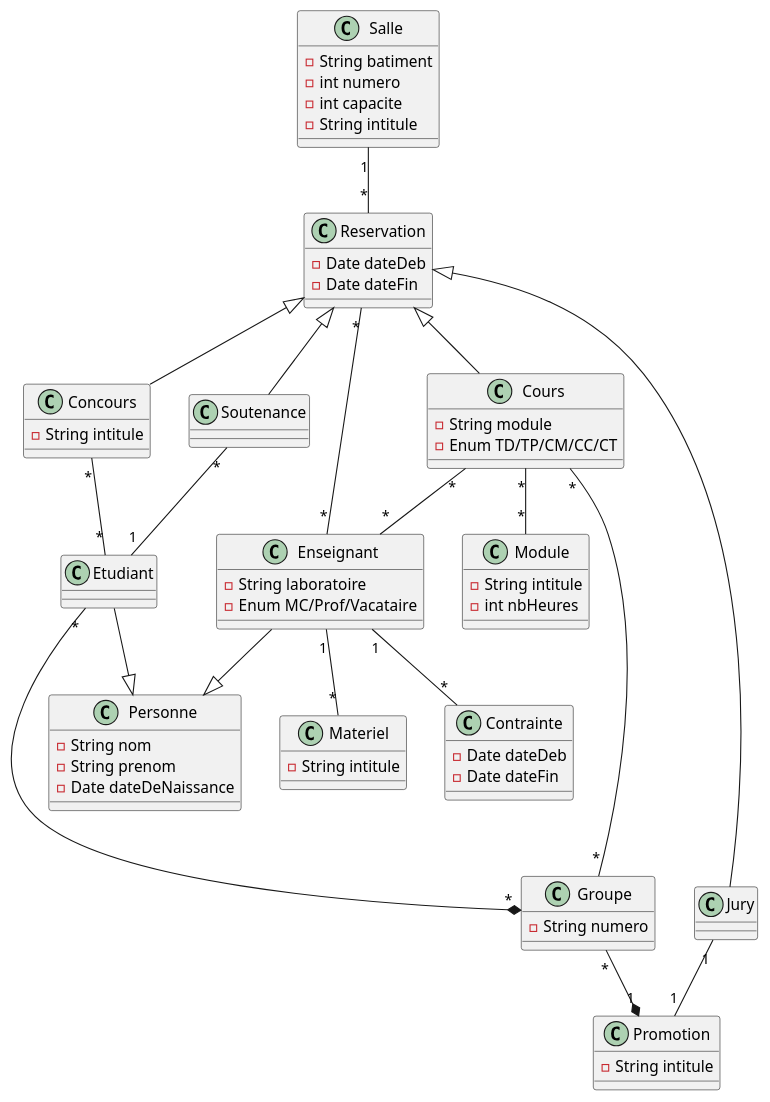
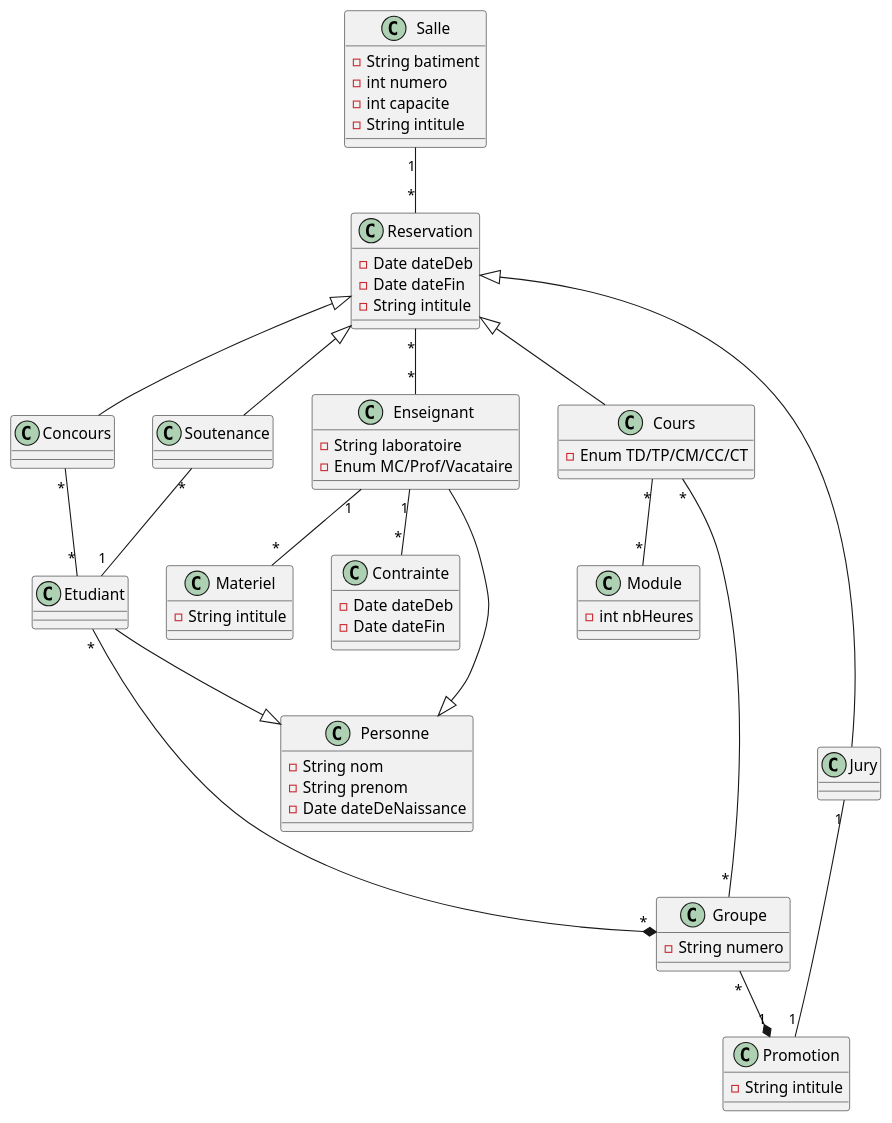
One commit to El-Sashok/UltraPlanning changed the diagram in ClassDiagram.iuml. Above: the diagram before and after it, drawn with PlantUML.

Commit message:
Adds intitule to reservation

```diff
--- a/ClassDiagram.iuml
+++ b/ClassDiagram.iuml
@@ -1,97 +1,92 @@
 @startuml
 
 class Salle {
     -String batiment
     -int numero
     -int capacite
     -String intitule
 }
 
 class Cours {
-    -String module
     -Enum TD/TP/CM/CC/CT
 }
 
 class Personne {
     -String nom
     -String prenom
     -Date dateDeNaissance
 }
 
 class Promotion {
     -String intitule
 }
 
 class Module {
-    -String intitule
     -int nbHeures
 }
 
 class Materiel {
     -String intitule
 }
 
 class Contrainte {
     -Date dateDeb
     -Date dateFin
 }
 
 class Groupe {
     -String numero
 }
 
 class Etudiant
 
 class Enseignant {
     -String laboratoire
     -Enum MC/Prof/Vacataire
 }
 
 class Reservation {
     -Date dateDeb
     -Date dateFin
+    -String intitule
 }
 
 class Jury
 
-class Concours {
-    -String intitule
-}
+class Concours 
 
 Salle "1" -- "*" Reservation
 
 Etudiant "*" --* "*" Groupe
 
 Groupe "*" --* "1" Promotion 
-
-Cours "*" -- "*" Enseignant
 
 Cours "*" ---- "*" Groupe
 
 Cours "*" -- "*" Module
 
 Enseignant "1" -- "*" Materiel
 
 Enseignant "1" -- "*" Contrainte
 
 Cours -up-|> Reservation
 
 Soutenance -up-|> Reservation
 
 Jury -up-|> Reservation
 
 Concours -up-|> Reservation
 
 Etudiant --|> Personne
 
 Enseignant --|> Personne
 
 Concours "*" -- "*" Etudiant
 
 Reservation "*" -- "*" Enseignant
 
 Jury "1" -- "1" Promotion
 
 Soutenance "*" -- "1" Etudiant
 
 @enduml
```
